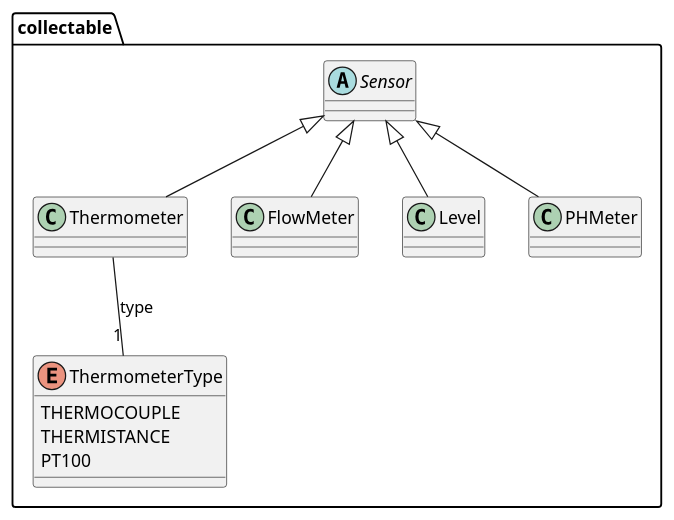
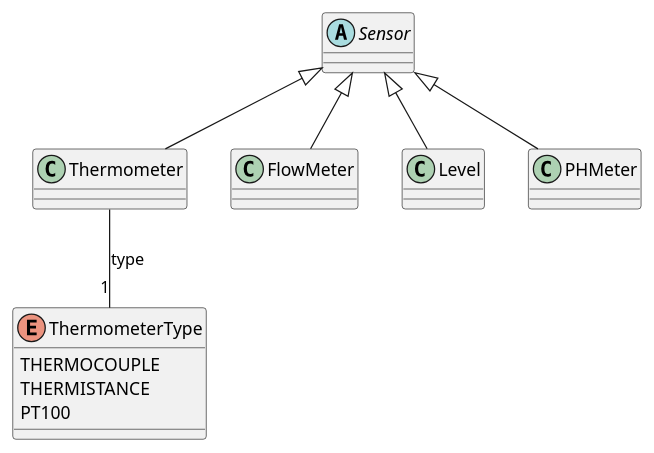
One commit to beerfactory/brewbox-uml changed the diagram in src/class/include/sensor.iuml. Above: the diagram before and after it, drawn with PlantUML. The commit also changed 133 other files, not shown here.

```diff
--- a/src/class/include/sensor.iuml
+++ b/src/class/include/sensor.iuml
@@ -1,32 +1,30 @@
-package collectable {
-	abstract class Sensor {
-	}
+abstract class Sensor {
+}
 
-	class Thermometer {
-	}
+class Thermometer {
+}
 
-	enum ThermometerType {
-	    THERMOCOUPLE
-	    THERMISTANCE
-	    PT100
-	}
+enum ThermometerType {
+    THERMOCOUPLE
+    THERMISTANCE
+    PT100
+}
 
-	class FlowMeter {
-	    
-	}
+class FlowMeter {
+    
+}
 
-	class Level {
-	    
-	}
+class Level {
+    
+}
 
-	class PHMeter {
-	    
-	}
+class PHMeter {
+    
 }
 
 Sensor <|-- Thermometer
 Sensor <|-- FlowMeter
 Sensor <|-- Level
 Sensor <|-- PHMeter
 
 Thermometer -- "1" ThermometerType : type
```
